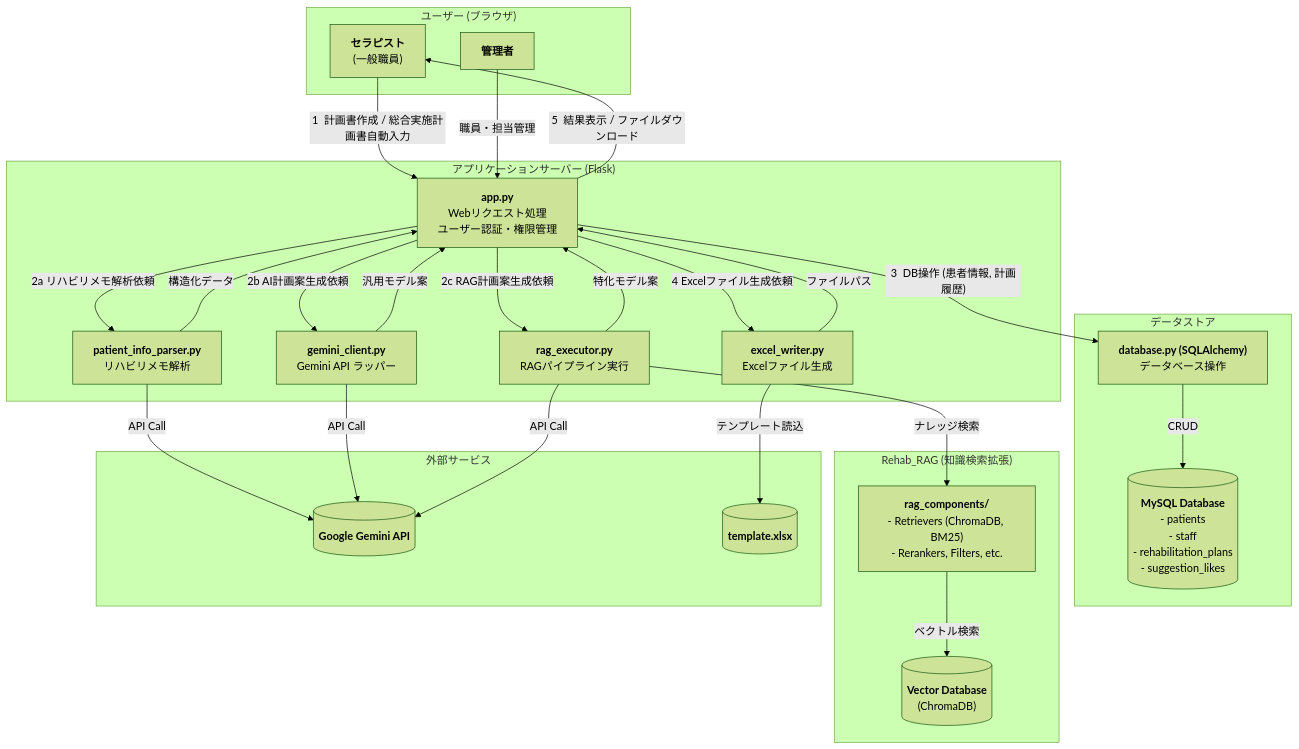
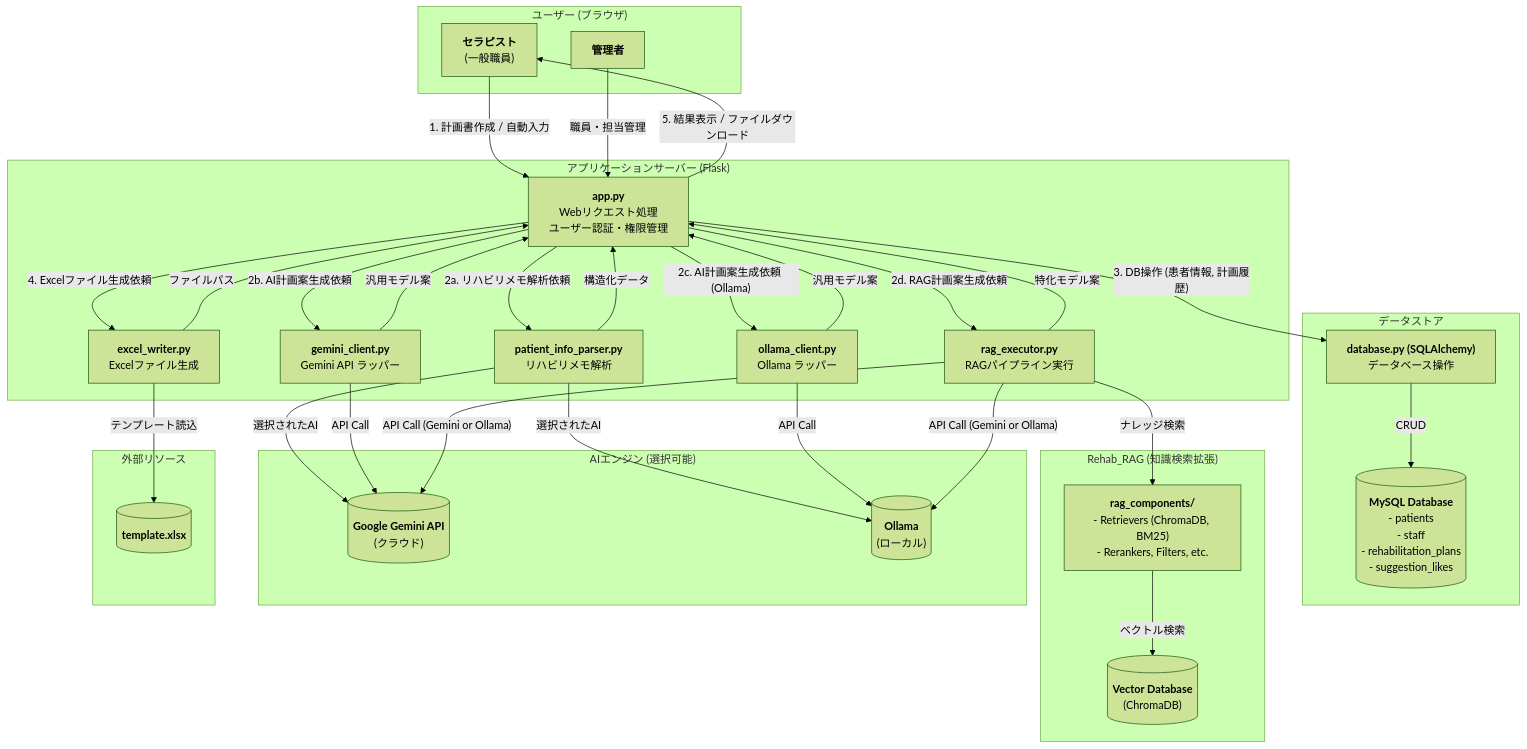
One commit to YouSayH/kcr_Rehab-Plan-Generator changed the diagram in README.md. Above: the diagram before and after it, drawn with Mermaid (forest theme). The commit also changed other lines of this file, not shown here.

````diff
--- a/README.md
+++ b/README.md
@@ -60,58 +65,69 @@
 ```mermaid
 graph TD
     subgraph "ユーザー (ブラウザ)"
         U_Staff["<b>セラピスト</b><br/>(一般職員)"]
         U_Admin["<b>管理者</b>"]
     end
 
     subgraph "アプリケーションサーバー (Flask)"
         App["<b>app.py</b><br/>Webリクエスト処理<br/>ユーザー認証・権限管理"]
         Parser["<b>patient_info_parser.py</b><br/>リハビリメモ解析"]
         Gemini["<b>gemini_client.py</b><br/>Gemini API ラッパー"]
+        Ollama["<b>ollama_client.py</b><br/>Ollama ラッパー"]
         RAG["<b>rag_executor.py</b><br/>RAGパイプライン実行"]
         Excel["<b>excel_writer.py</b><br/>Excelファイル生成"]
     end
 
     subgraph "データストア"
         DB["<b>database.py (SQLAlchemy)</b><br/>データベース操作"]
         MySQL[("<b>MySQL Database</b><br/>- patients<br/>- staff<br/>- rehabilitation_plans<br/>- suggestion_likes")]
     end
 
     subgraph "Rehab_RAG (知識検索拡張)"
         RAG_Components["<b>rag_components/</b><br/>- Retrievers (ChromaDB, BM25)<br/>- Rerankers, Filters, etc."]
         VectorDB[("<b>Vector Database</b><br/>(ChromaDB)")]
     end
 
-    subgraph "外部サービス"
-        GeminiAPI[("<b>Google Gemini API</b>")]
+    subgraph "AIエンジン (選択可能)"
+        GeminiAPI[("<b>Google Gemini API</b><br/>(クラウド)")]
+        OllamaLocal[("<b>Ollama</b><br/>(ローカル)")]
+    end
+
+    subgraph "外部リソース"
         Template[("<b>template.xlsx</b>")]
     end
 
     %% --- フロー ---
-    U_Staff -- "1  計画書作成 / 総合実施計画書自動入力" --> App
+    U_Staff -- "1. 計画書作成 / 自動入力" --> App
     U_Admin -- "職員・担当管理" --> App
 
-    App -- "2a  リハビリメモ解析依頼" --> Parser
-    Parser -- "API Call" --> GeminiAPI
+    App -- "2a. リハビリメモ解析依頼" --> Parser
+    Parser -- "選択されたAI" --> GeminiAPI
+    Parser -- "選択されたAI" --> OllamaLocal
     Parser -- "構造化データ" --> App
 
-    App -- "2b  AI計画案生成依頼" --> Gemini
-    App -- "2c  RAG計画案生成依頼" --> RAG
+    App -- "2b. AI計画案生成依頼" --> Gemini
+    App -- "2c. AI計画案生成依頼 (Ollama)" --> Ollama
+    App -- "2d. RAG計画案生成依頼" --> RAG
 
     Gemini -- "API Call" --> GeminiAPI
     Gemini -- "汎用モデル案" --> App
 
+    Ollama -- "API Call" --> OllamaLocal
+    Ollama -- "汎用モデル案" --> App
+
     RAG -- "ナレッジ検索" --> RAG_Components
     RAG_Components -- "ベクトル検索" --> VectorDB
-    RAG -- "API Call" --> GeminiAPI
+    RAG -- "API Call (Gemini or Ollama)" --> GeminiAPI
+    RAG -- "API Call (Gemini or Ollama)" --> OllamaLocal
     RAG -- "特化モデル案" --> App
 
-    App -- "3  DB操作 (患者情報, 計画履歴)" --> DB
+    App -- "3. DB操作 (患者情報, 計画履歴)" --> DB
     DB -- "CRUD" --> MySQL
 
-    App -- "4  Excelファイル生成依頼" --> Excel
+    App -- "4. Excelファイル生成依頼" --> Excel
     Excel -- "テンプレート読込" --> Template
     Excel -- "ファイルパス" --> App
 
-    App -- "5  結果表示 / ファイルダウンロード" --> U_Staff
+    App -- "5. 結果表示 / ファイルダウンロード" --> U_Staff
 ```
````
